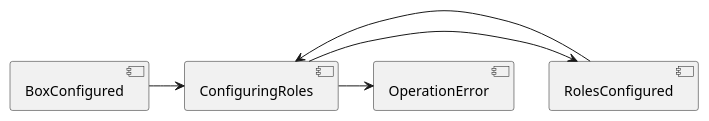
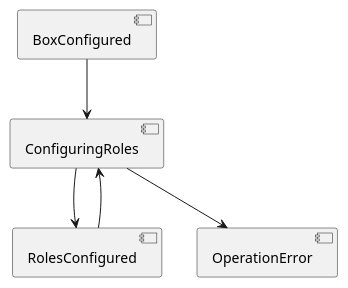
The diagram in rst/uml/ConfiguringRoles.puml (tarantool/cartridge), drawn with PlantUML before and after one commit. The commit also changed 6 other files, not shown here.

```diff
--- a/rst/uml/ConfiguringRoles.puml
+++ b/rst/uml/ConfiguringRoles.puml
@@ -1,4 +1,8 @@
-[BoxConfigured]->[ConfiguringRoles]
-[ConfiguringRoles]->[RolesConfigured]
-[ConfiguringRoles]->[OperationError]
-[RolesConfigured]->[ConfiguringRoles]
+@startuml
+
+[BoxConfigured] --> [ConfiguringRoles]
+[ConfiguringRoles] --> [RolesConfigured]
+[ConfiguringRoles] --> [OperationError]
+[RolesConfigured] --> [ConfiguringRoles]
+
+@enduml
```
